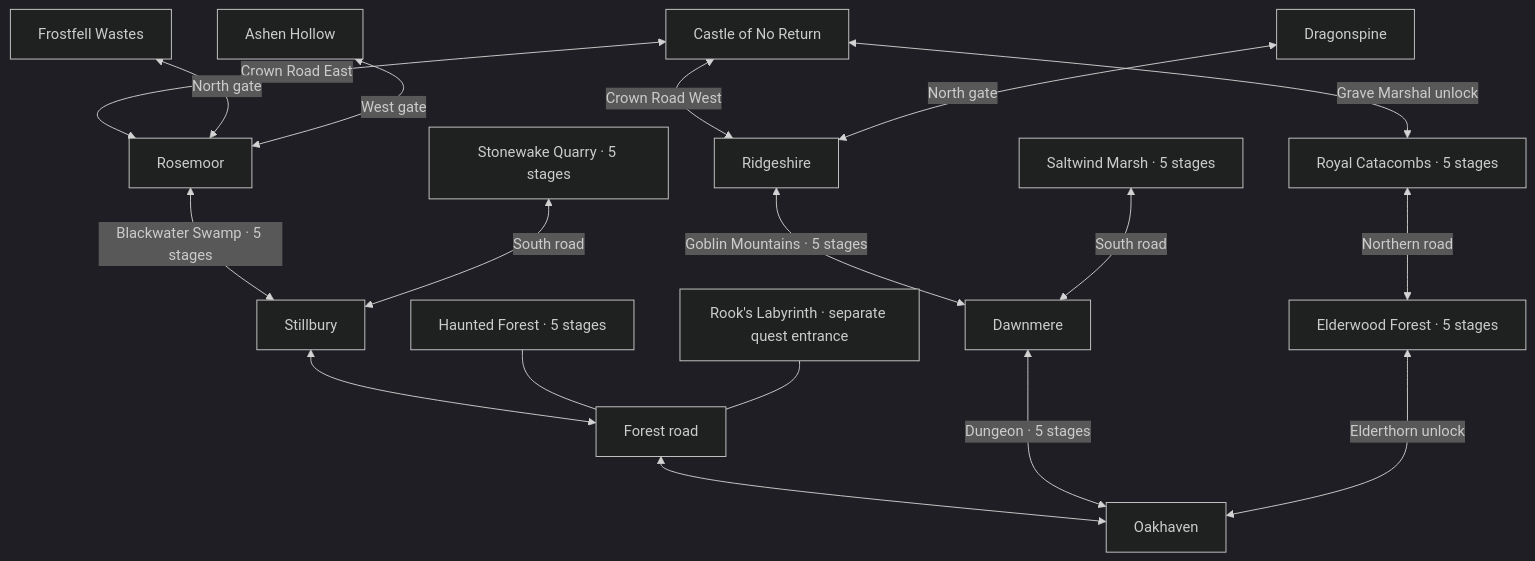
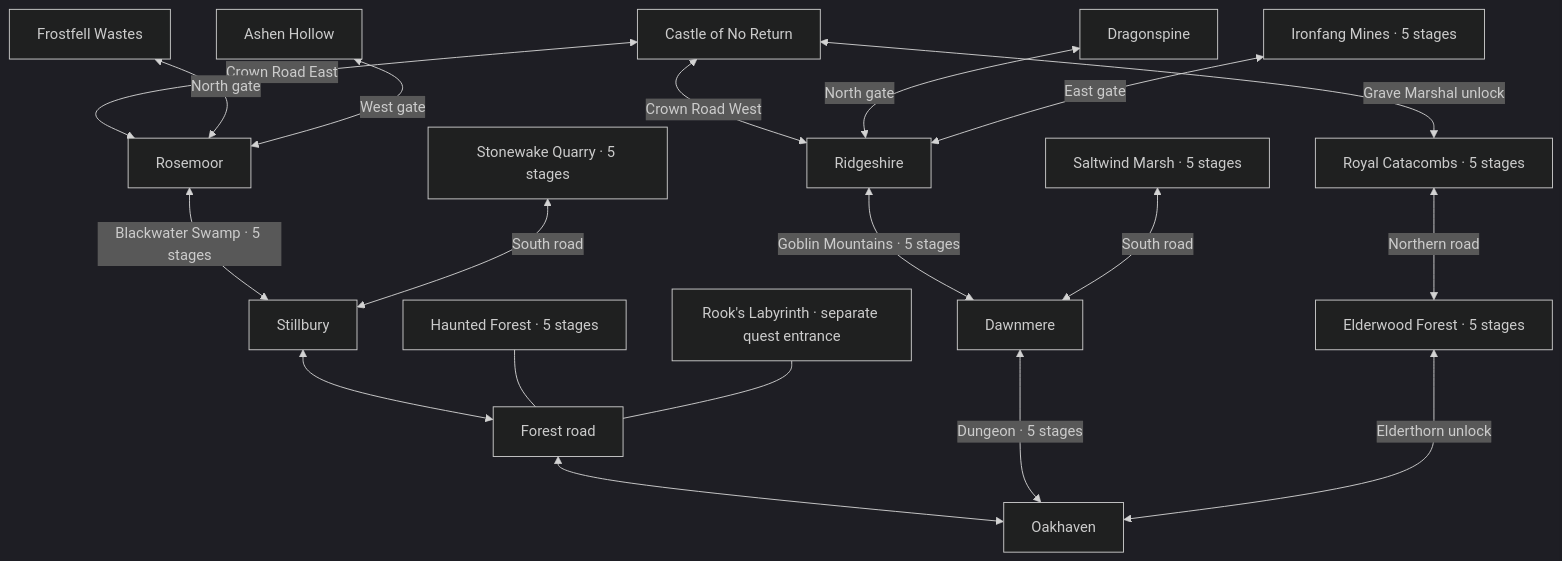
The diagram in docs/five-town-expansion.md (christsantiris/c_rpg), drawn with Mermaid (dark theme) before and after one commit. The commit also changed other lines of this file and 52 other files, not shown here.

````diff
--- a/docs/five-town-expansion.md
+++ b/docs/five-town-expansion.md
@@ -10,20 +10,21 @@
 ```mermaid
 flowchart BT
     Oak[Oakhaven] <--> Road[Forest road]
     Road <--> Still[Stillbury]
     Road --- Forest[Haunted Forest · 5 stages]
     Road --- Maze[Rook's Labyrinth · separate quest entrance]
     Still <-->|Blackwater Swamp · 5 stages| Rose[Rosemoor]
     Rose <-->|Crown Road East| Castle[Castle of No Return]
     Oak <-->|Dungeon · 5 stages| Dawn[Dawnmere]
     Dawn <-->|Goblin Mountains · 5 stages| Ridge[Ridgeshire]
     Dawn <-->|South road| Salt[Saltwind Marsh · 5 stages]
     Still <-->|South road| Quarry[Stonewake Quarry · 5 stages]
     Ridge <-->|Crown Road West| Castle
     Oak <-->|Elderthorn unlock| Elder[Elderwood Forest · 5 stages]
     Elder <-->|Northern road| Cat[Royal Catacombs · 5 stages]
     Cat <-->|Grave Marshal unlock| Castle
     Rose <-->|North gate| Frost[Frostfell Wastes]
     Ridge <-->|North gate| Dragon[Dragonspine]
+    Ridge <-->|East gate| Iron[Ironfang Mines · 5 stages]
     Rose <-->|West gate| Ashen[Ashen Hollow]
 ```
````
